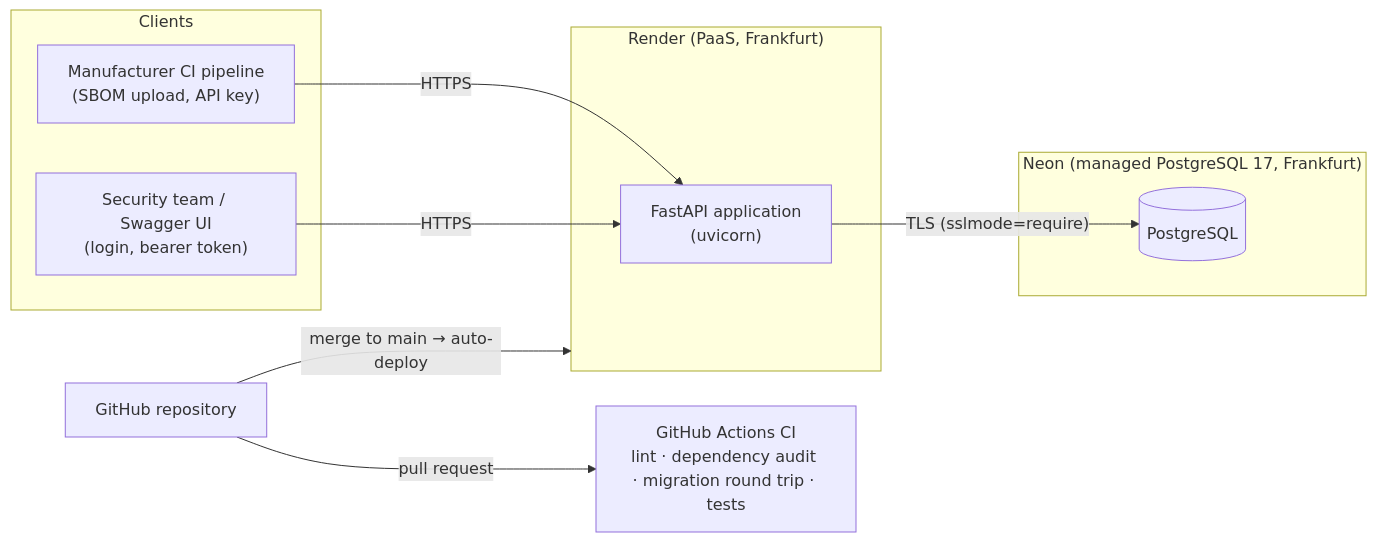
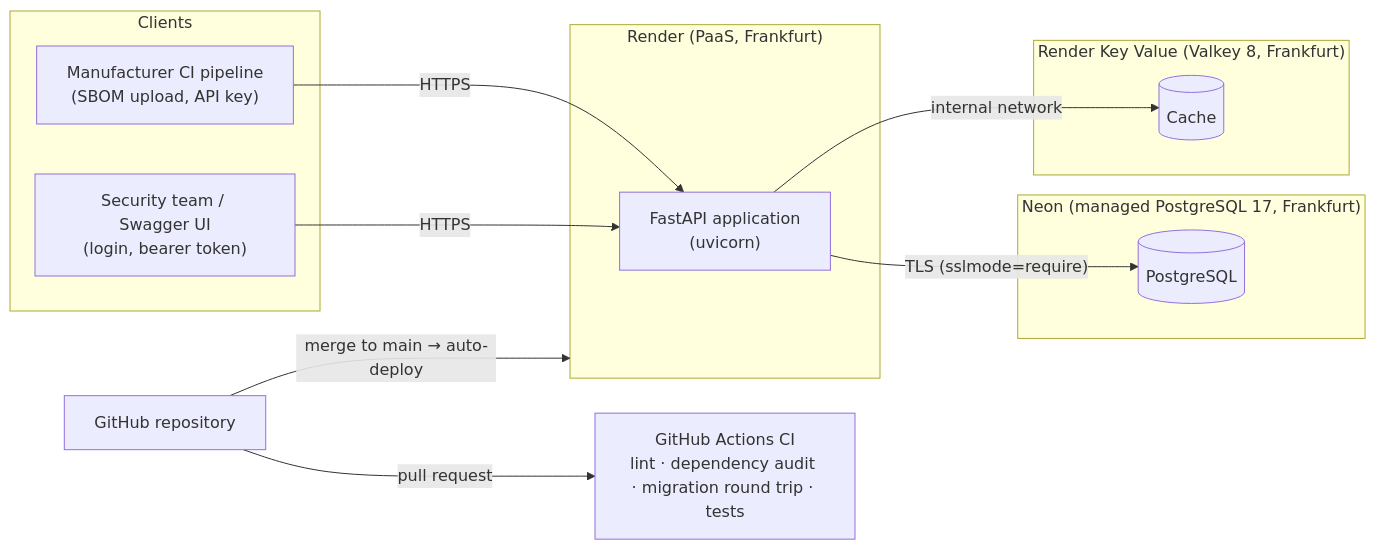
One commit to eterna09/sbom-tracker changed the diagram in README.md. Above: the diagram before and after it, drawn with Mermaid. The commit also changed other lines of this file and 2 other files, not shown here.

````diff
--- a/README.md
+++ b/README.md
@@ -51,22 +51,27 @@
 ```mermaid
 flowchart LR
     subgraph Clients
         CI["Manufacturer CI pipeline<br/>(SBOM upload, API key)"]
         Analyst["Security team / Swagger UI<br/>(login, bearer token)"]
     end
 
     subgraph Render["Render (PaaS, Frankfurt)"]
         API["FastAPI application<br/>(uvicorn)"]
     end
 
     subgraph Neon["Neon (managed PostgreSQL 17, Frankfurt)"]
         DB[("PostgreSQL")]
     end
 
+    subgraph KV["Render Key Value (Valkey 8, Frankfurt)"]
+        Cache[("Cache")]
+    end
+
     GitHub["GitHub repository"] -->|"pull request"| Actions["GitHub Actions CI<br/>lint · dependency audit · migration round trip · tests"]
     GitHub -->|"merge to main → auto-deploy"| Render
 
     CI -->|HTTPS| API
     Analyst -->|HTTPS| API
     API -->|"TLS (sslmode=require)"| DB
+    API -->|"internal network"| Cache
 ```
````
